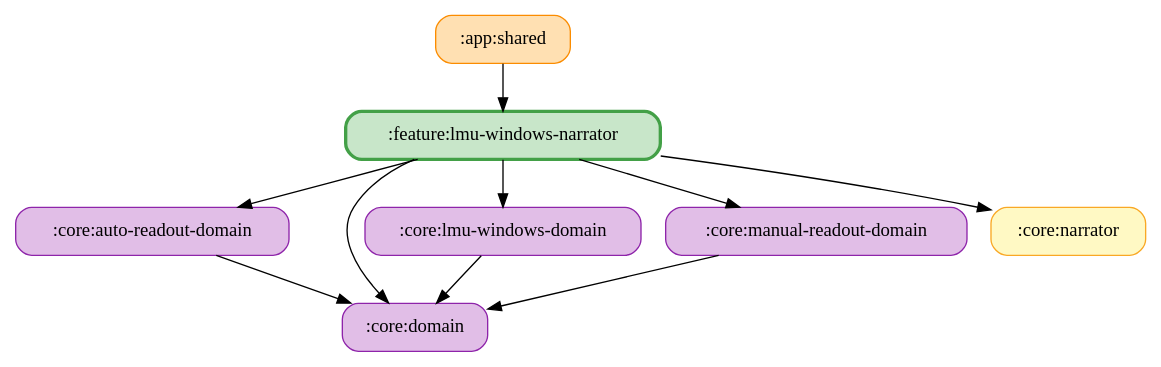
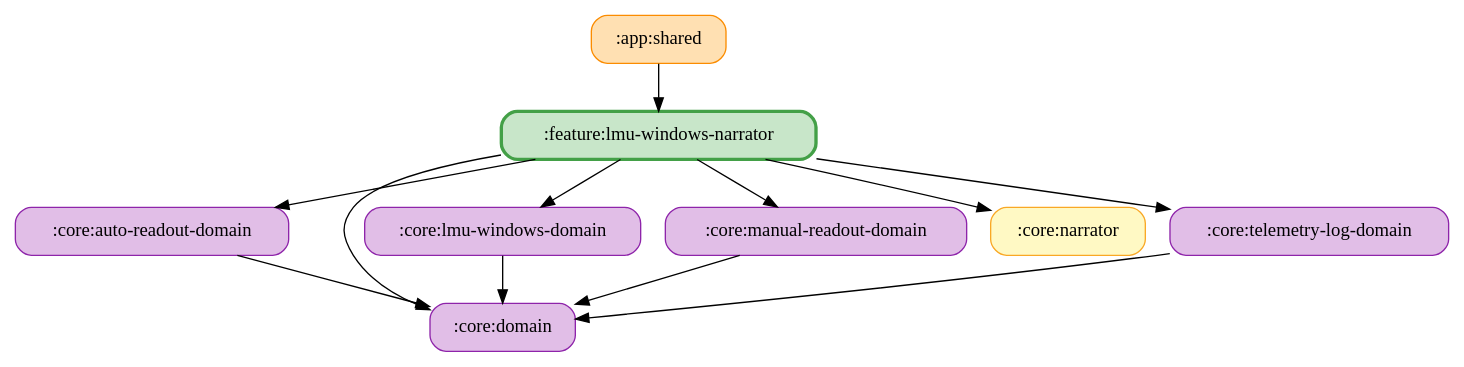
Before and after one commit to ai-kurou/KoDriver: the diagram in docs/graphs/feature-lmu-windows-narrator.gv, drawn with Graphviz. The commit also changed 43 other files, not shown here.

Commit message:
chore: update module graph images

```diff
--- a/docs/graphs/feature-lmu-windows-narrator.gv
+++ b/docs/graphs/feature-lmu-windows-narrator.gv
@@ -1,20 +1,23 @@
 digraph G {
   rankdir=TB
   node [shape=box, style="rounded,filled"]
   ":app:shared" [fillcolor="#FFE0B2", color="#FB8C00", penwidth=1]
   ":core:auto-readout-domain" [fillcolor="#E1BEE7", color="#8E24AA", penwidth=1]
   ":core:domain" [fillcolor="#E1BEE7", color="#8E24AA", penwidth=1]
   ":core:lmu-windows-domain" [fillcolor="#E1BEE7", color="#8E24AA", penwidth=1]
   ":core:manual-readout-domain" [fillcolor="#E1BEE7", color="#8E24AA", penwidth=1]
   ":core:narrator" [fillcolor="#FFF9C4", color="#F9A825", penwidth=1]
+  ":core:telemetry-log-domain" [fillcolor="#E1BEE7", color="#8E24AA", penwidth=1]
   ":feature:lmu-windows-narrator" [fillcolor="#C8E6C9", color="#43A047", penwidth=2.5]
   ":app:shared" -> ":feature:lmu-windows-narrator"
   ":core:auto-readout-domain" -> ":core:domain"
   ":core:lmu-windows-domain" -> ":core:domain"
   ":core:manual-readout-domain" -> ":core:domain"
+  ":core:telemetry-log-domain" -> ":core:domain"
   ":feature:lmu-windows-narrator" -> ":core:domain"
   ":feature:lmu-windows-narrator" -> ":core:auto-readout-domain"
+  ":feature:lmu-windows-narrator" -> ":core:telemetry-log-domain"
   ":feature:lmu-windows-narrator" -> ":core:lmu-windows-domain"
   ":feature:lmu-windows-narrator" -> ":core:manual-readout-domain"
   ":feature:lmu-windows-narrator" -> ":core:narrator"
 }
```
